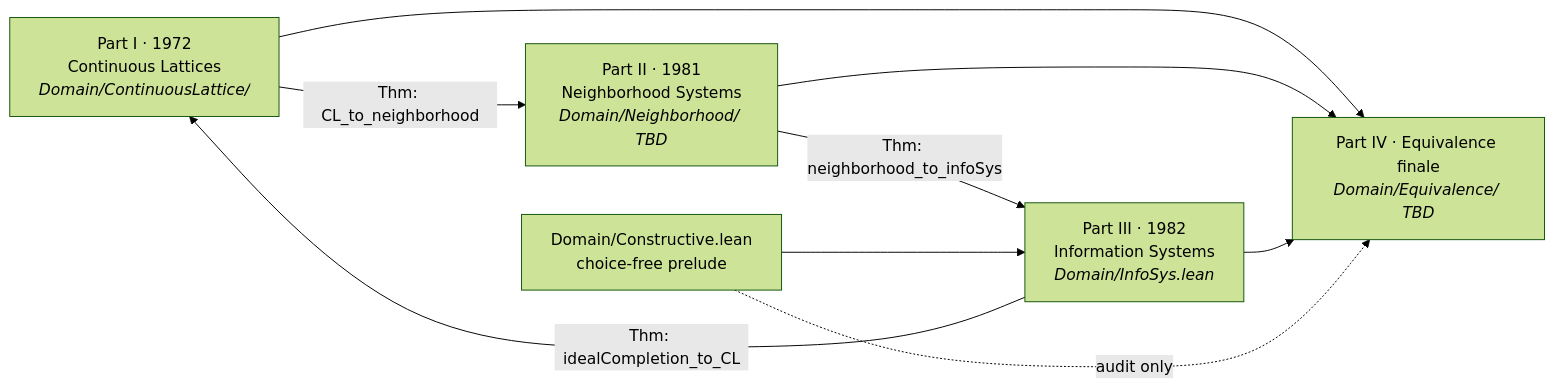
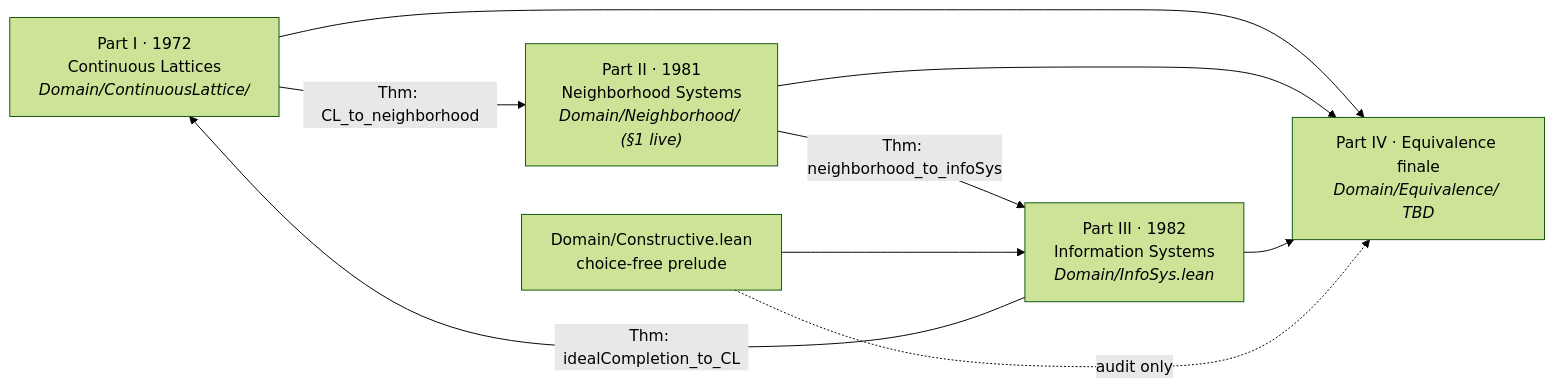
One commit to catskillsresearch/domain_theory changed the first of 9 diagrams in arxiv.md. Above: the diagram before and after it, drawn with Mermaid (forest theme). The commit also changed other lines of this file and 7 other files, not shown here.

First line of the commit message:
feat(Domain): enhance NeighborhoodSystem with sub_master and formalize principal filters

````diff
--- a/arxiv.md
+++ b/arxiv.md
@@ -86,17 +88,17 @@
 ```mermaid
 flowchart LR
   P1["Part I · 1972<br/>Continuous Lattices<br/><i>Domain/ContinuousLattice/</i>"]
-  P2["Part II · 1981<br/>Neighborhood Systems<br/><i>Domain/Neighborhood/ TBD</i>"]
+  P2["Part II · 1981<br/>Neighborhood Systems<br/><i>Domain/Neighborhood/ (§1 live)</i>"]
   P3["Part III · 1982<br/>Information Systems<br/><i>Domain/InfoSys.lean</i>"]
   P4["Part IV · Equivalence finale<br/><i>Domain/Equivalence/ TBD</i>"]
   C["Domain/Constructive.lean<br/>choice-free prelude"]
 
   P1 -->|"Thm: CL_to_neighborhood"| P2
   P2 -->|"Thm: neighborhood_to_infoSys"| P3
   P3 -->|"Thm: idealCompletion_to_CL"| P1
   P1 --> P4
   P2 --> P4
   P3 --> P4
   C --> P3
   C -.->|"audit only"| P4
 ```
````
